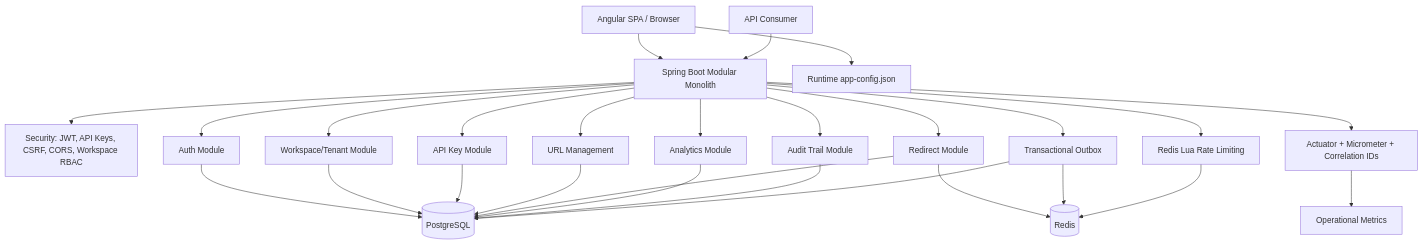
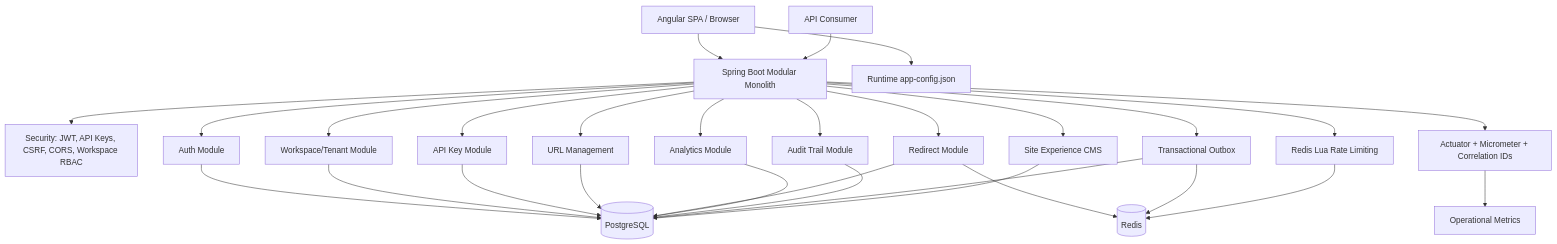
The diagram in README.md (Amankapse/AI-Assisted-URL-Shortener), drawn with Mermaid before and after one commit. The commit also changed other lines of this file and 71 other files, not shown here.

````diff
--- a/README.md
+++ b/README.md
@@ -75,29 +78,31 @@
 ```mermaid
 flowchart TB
     Browser[Angular SPA / Browser] --> App[Spring Boot Modular Monolith]
     Client[API Consumer] --> App
     App --> Security[Security: JWT, API Keys, CSRF, CORS, Workspace RBAC]
     App --> Auth[Auth Module]
     App --> Workspaces[Workspace/Tenant Module]
     App --> Audit[Audit Trail Module]
     App --> ApiKeys[API Key Module]
     App --> Outbox[Transactional Outbox]
+    App --> Site[Site Experience CMS]
     App --> Urls[URL Management]
     App --> Redirect[Redirect Module]
     App --> Analytics[Analytics Module]
     App --> RateLimit[Redis Lua Rate Limiting]
     App --> Observability[Actuator + Micrometer + Correlation IDs]
     Auth --> Postgres[(PostgreSQL)]
     Workspaces --> Postgres
     ApiKeys --> Postgres
     Urls --> Postgres
     Redirect --> Redis[(Redis)]
     Redirect --> Postgres
     Analytics --> Postgres
     Audit --> Postgres
     Outbox --> Postgres
     Outbox --> Redis
+    Site --> Postgres
     RateLimit --> Redis
     Observability --> Metrics[Operational Metrics]
     Browser --> RuntimeConfig[Runtime app-config.json]
 ```
````
